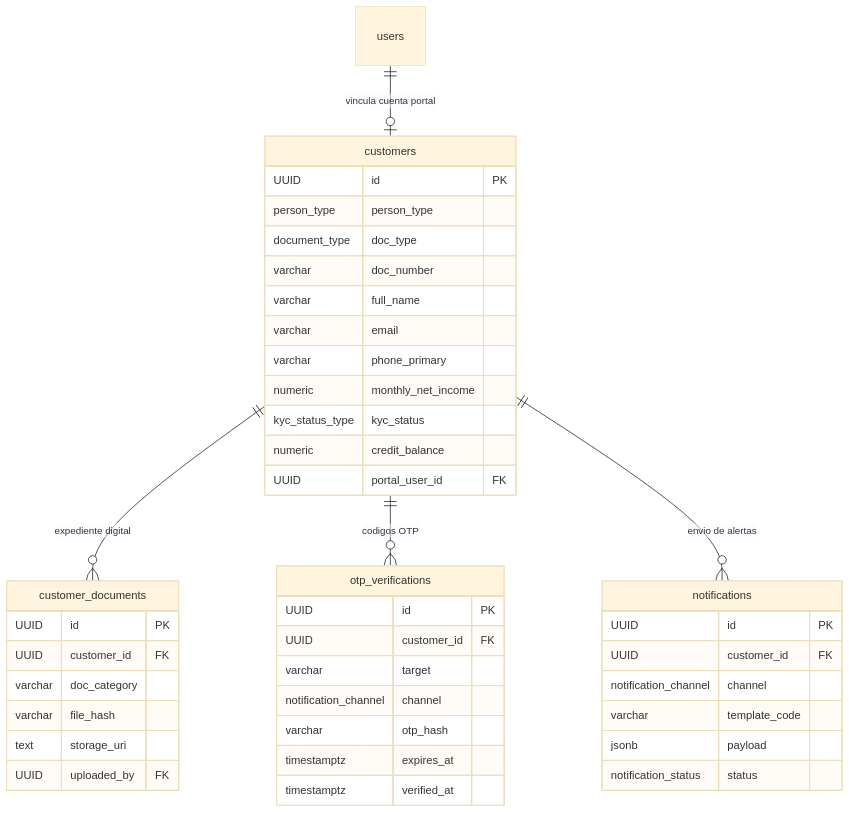
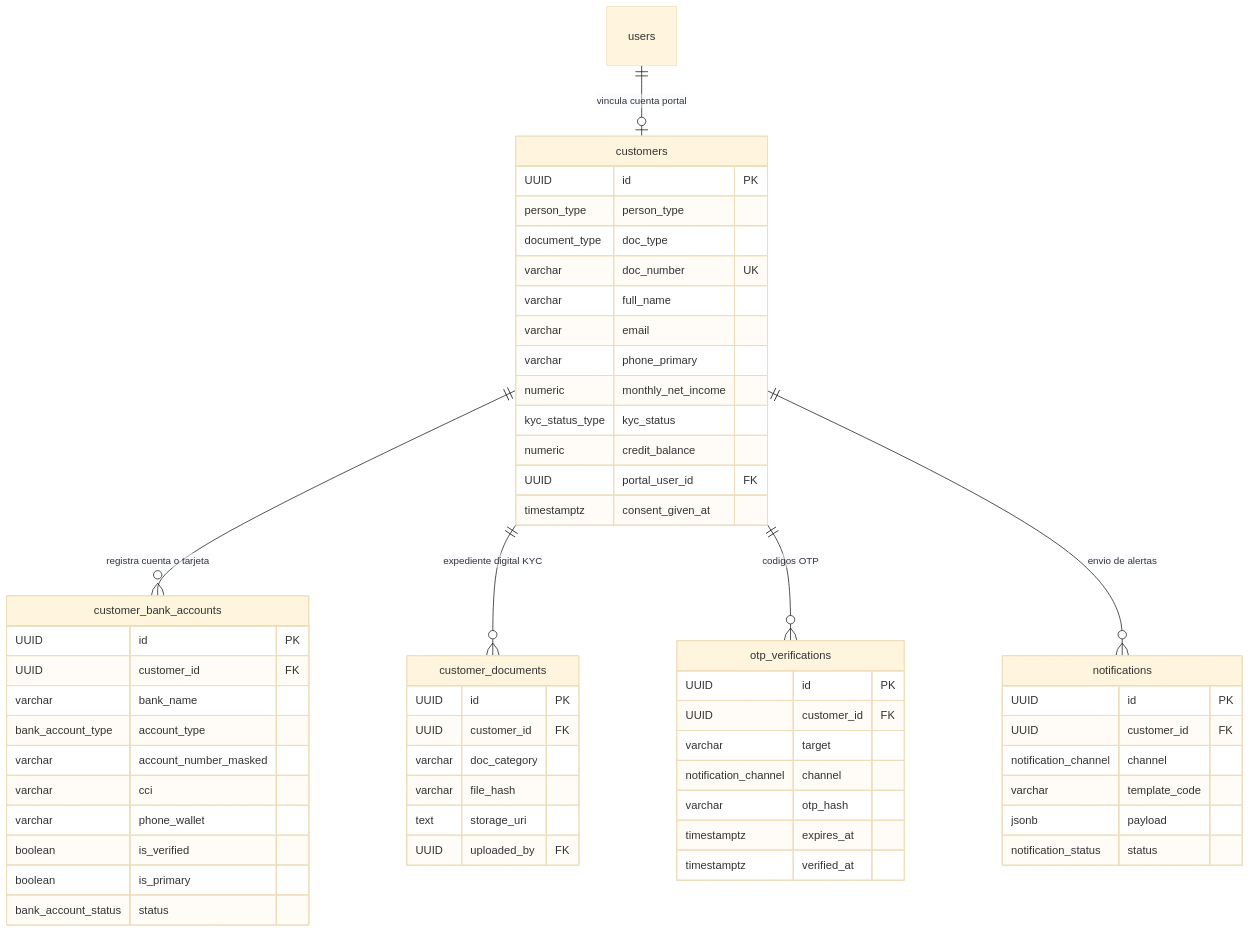
One commit to YonatanLLa/-loan_system changed the third of 7 diagrams in database/docs/diagrama-entidad-relacion.md. Above: the diagram before and after it, drawn with Mermaid (base theme). The commit also changed other lines of this file and 38 other files, not shown here.

````diff
--- a/database/docs/diagrama-entidad-relacion.md
+++ b/database/docs/diagrama-entidad-relacion.md
@@ -128,47 +115,61 @@
 ```mermaid
 erDiagram
     users ||--o| customers : "vincula cuenta portal"
 
     customers {
         UUID id PK
         person_type person_type
         document_type doc_type
-        varchar doc_number
+        varchar doc_number UK
         varchar full_name
         varchar email
         varchar phone_primary
         numeric monthly_net_income
         kyc_status_type kyc_status
         numeric credit_balance
         UUID portal_user_id FK
+        timestamptz consent_given_at
+    }
+    customer_bank_accounts {
+        UUID id PK
+        UUID customer_id FK
+        varchar bank_name
+        bank_account_type account_type
+        varchar account_number_masked
+        varchar cci
+        varchar phone_wallet
+        boolean is_verified
+        boolean is_primary
+        bank_account_status status
     }
     customer_documents {
         UUID id PK
         UUID customer_id FK
         varchar doc_category
         varchar file_hash
         text storage_uri
         UUID uploaded_by FK
     }
     otp_verifications {
         UUID id PK
         UUID customer_id FK
         varchar target
         notification_channel channel
         varchar otp_hash
         timestamptz expires_at
         timestamptz verified_at
     }
     notifications {
         UUID id PK
         UUID customer_id FK
         notification_channel channel
         varchar template_code
         jsonb payload
         notification_status status
     }
 
-    customers ||--o{ customer_documents : "expediente digital"
+    customers ||--o{ customer_bank_accounts : "registra cuenta o tarjeta"
+    customers ||--o{ customer_documents : "expediente digital KYC"
     customers ||--o{ otp_verifications : "codigos OTP"
     customers ||--o{ notifications : "envio de alertas"
 ```
````
